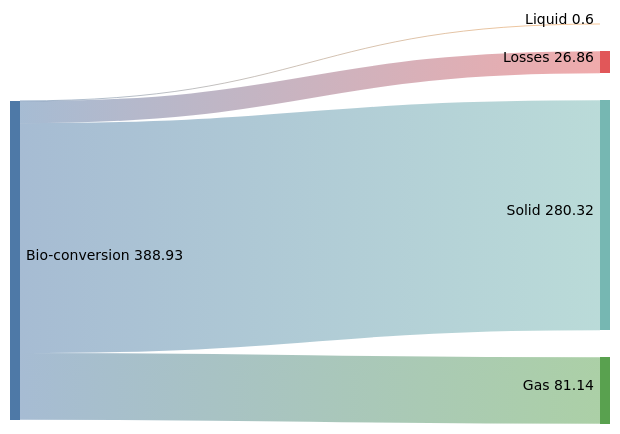
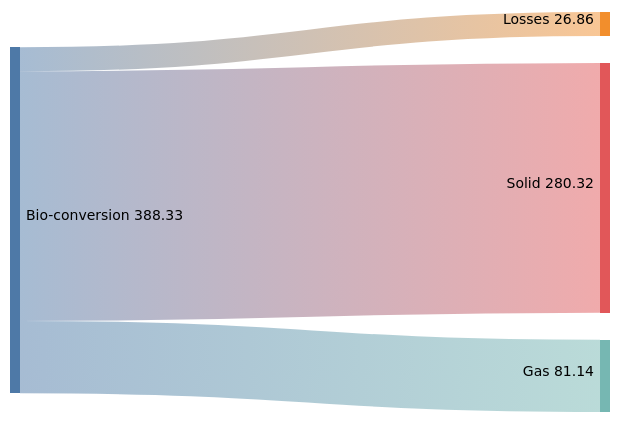
The third of 5 diagrams in packages/mermaid/src/docs/syntax/sankey.md (mermaid-js/mermaid), drawn with Mermaid (forest theme) before and after one commit. The commit also changed other lines of this file and 1 other file, not shown here.

````diff
--- a/packages/mermaid/src/docs/syntax/sankey.md
+++ b/packages/mermaid/src/docs/syntax/sankey.md
@@ -188,9 +210,9 @@
 ```mermaid
 sankey-beta
 
-Bio-conversion,Liquid,0.597
 Bio-conversion,Losses,26.862
 
 Bio-conversion,Solid,280.322
+
 Bio-conversion,Gas,81.144
 ```
````
